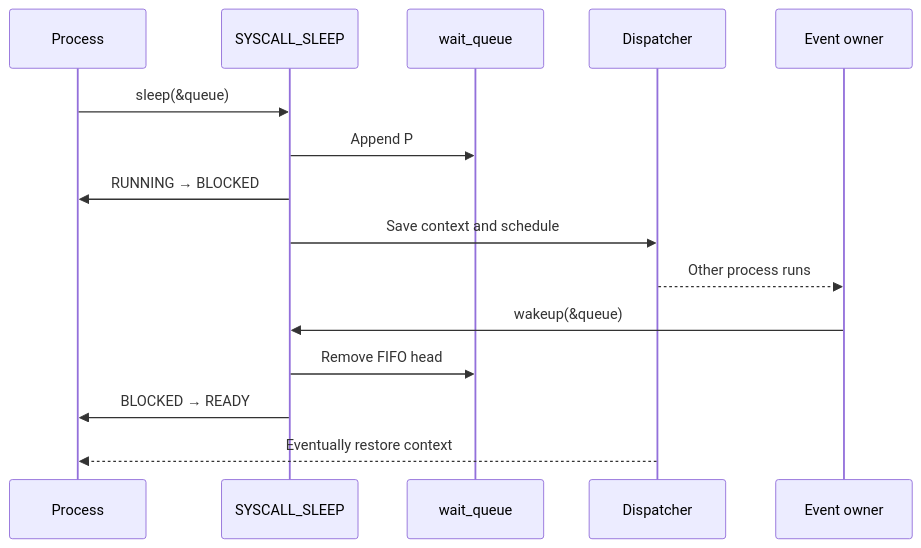
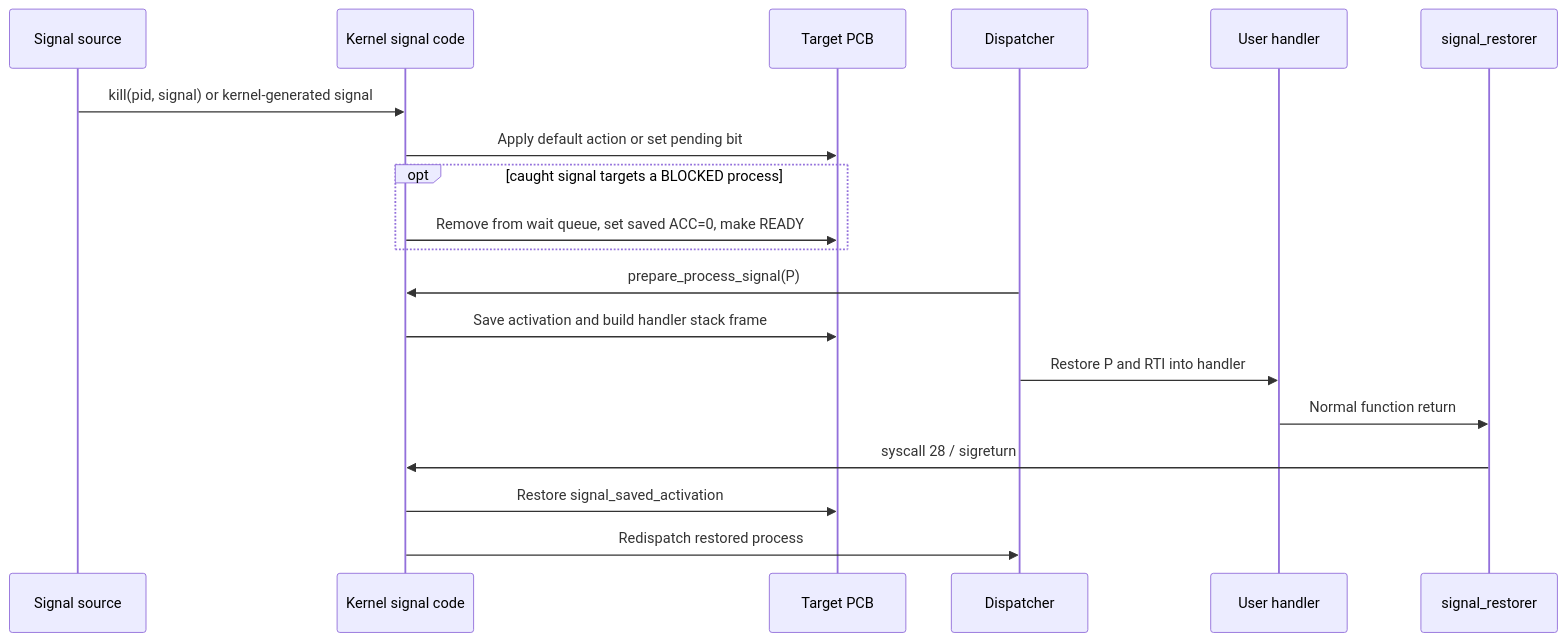
Before and after one commit to matthejue/Pico-OS: diagram 12 of 24 in README.md, drawn with Mermaid. The commit also changed other lines of this file and 19 other files, not shown here.

First line of the commit message:
- The terminal input buffer now lives in the shared terminal code, not inside every process’s descriptor table

````diff
--- a/README.md
+++ b/README.md
@@ -1830,18 +1471,22 @@
 ```mermaid
 sequenceDiagram
-    participant P as Process
-    participant K as SYSCALL_SLEEP
-    participant Q as wait_queue
+    participant S as Signal source
+    participant K as Kernel signal code
+    participant P as Target PCB
     participant D as Dispatcher
-    participant E as Event owner
+    participant H as User handler
+    participant R as signal_restorer
 
-    P->>K: sleep(&queue)
-    K->>Q: Append P
-    K->>P: RUNNING → BLOCKED
-    K->>D: Save context and schedule
-    D-->>E: Other process runs
-    E->>K: wakeup(&queue)
-    K->>Q: Remove FIFO head
-    K->>P: BLOCKED → READY
-    D-->>P: Eventually restore context
+    S->>K: kill(pid, signal) or kernel-generated signal
+    K->>P: Apply default action or set pending bit
+    opt caught signal targets a BLOCKED process
+        K->>P: Remove from wait queue, set saved ACC=0, make READY
+    end
+    D->>K: prepare_process_signal(P)
+    K->>P: Save activation and build handler stack frame
+    D->>H: Restore P and RTI into handler
+    H->>R: Normal function return
+    R->>K: syscall 28 / sigreturn
+    K->>P: Restore signal_saved_activation
+    K->>D: Redispatch restored process
 ```
````
